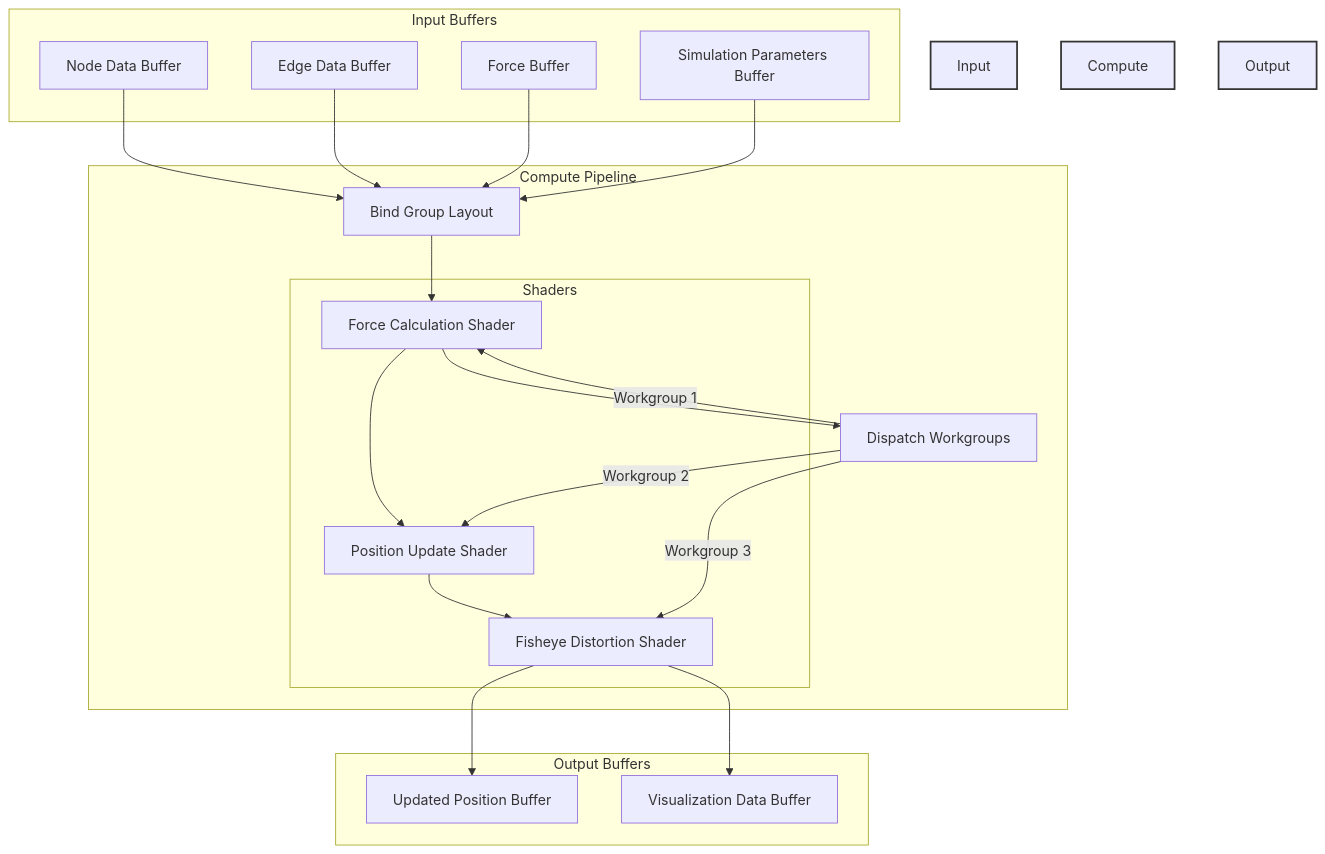
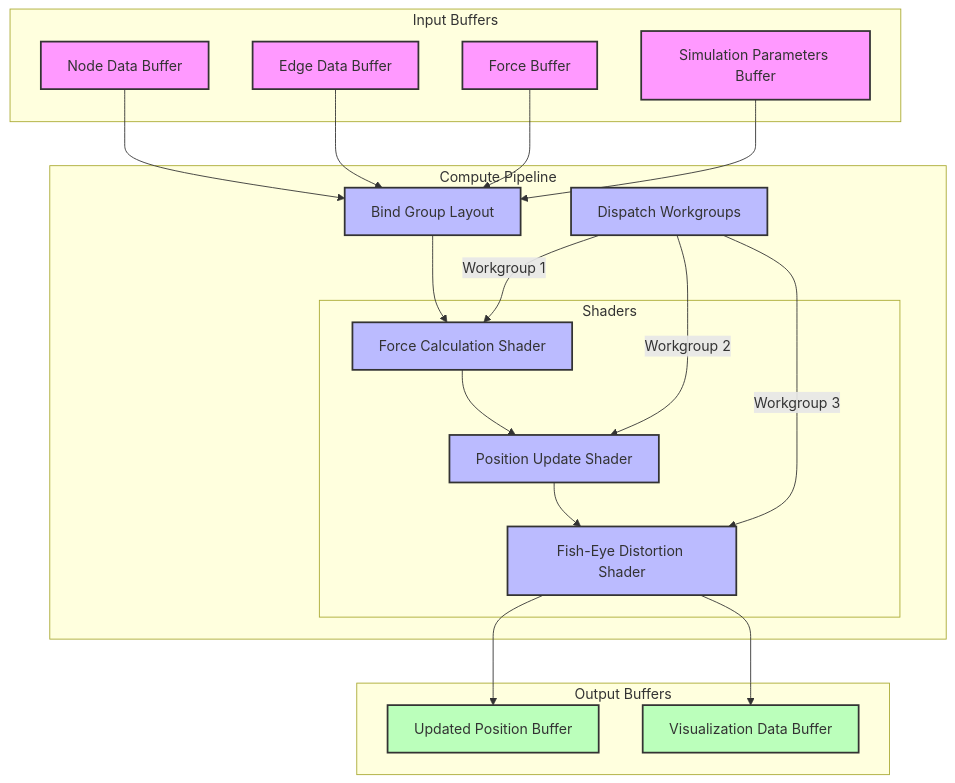
Before and after one commit to DreamLab-AI/VisionFlow: the fourth of 4 diagrams in README.md, drawn with Mermaid. The commit also changed other lines of this file, not shown here.

````diff
--- a/README.md
+++ b/README.md
@@ -586,47 +511,53 @@
 ```mermaid
 graph TB
-    subgraph Input Buffers
+    subgraph inputBuffers ["Input Buffers"]
         NodesData[Node Data Buffer]
         EdgesData[Edge Data Buffer]
         ForcesData[Force Buffer]
         ParamsData[Simulation Parameters Buffer]
     end
 
-    subgraph Compute Pipeline
+    subgraph computePipeline ["Compute Pipeline"]
         BindGroupLayout[Bind Group Layout]
-        
-        subgraph Shaders
+
+        subgraph shaders ["Shaders"]
             ForceCalculation[Force Calculation Shader]
             PositionUpdate[Position Update Shader]
-            FisheyeEffect[Fisheye Distortion Shader]
+            FisheyeEffect[Fish-Eye Distortion Shader]
         end
-        
+
         DispatchBlock[Dispatch Workgroups]
     end
 
-    subgraph Output Buffers
+    subgraph outputBuffers ["Output Buffers"]
         NewPositions[Updated Position Buffer]
         VisualizationData[Visualization Data Buffer]
     end
 
     NodesData --> BindGroupLayout
     EdgesData --> BindGroupLayout
     ForcesData --> BindGroupLayout
     ParamsData --> BindGroupLayout
 
     BindGroupLayout --> ForceCalculation
     ForceCalculation --> PositionUpdate
     PositionUpdate --> FisheyeEffect
 
-    ForceCalculation --> DispatchBlock
-    DispatchBlock --> |Workgroup 1| ForceCalculation
-    DispatchBlock --> |Workgroup 2| PositionUpdate
-    DispatchBlock --> |Workgroup 3| FisheyeEffect
+    DispatchBlock -->|Workgroup 1| ForceCalculation
+    DispatchBlock -->|Workgroup 2| PositionUpdate
+    DispatchBlock -->|Workgroup 3| FisheyeEffect
 
     FisheyeEffect --> NewPositions
     FisheyeEffect --> VisualizationData
 
-    style Input Buffers fill:#f9f,stroke:#333,stroke-width:2px
-    style Compute Pipeline fill:#bbf,stroke:#333,stroke-width:2px
-    style Output Buffers fill:#bfb,stroke:#333,stroke-width:2px
+    %% Define styles for classes
+    classDef inputBufferStyle fill:#f9f,stroke:#333,stroke-width:2px
+    classDef computePipelineStyle fill:#bbf,stroke:#333,stroke-width:2px
+    classDef outputBufferStyle fill:#bfb,stroke:#333,stroke-width:2px
+
+    %% Assign classes to nodes within subgraphs
+    class NodesData,EdgesData,ForcesData,ParamsData inputBufferStyle
+    class BindGroupLayout,DispatchBlock computePipelineStyle
+    class ForceCalculation,PositionUpdate,FisheyeEffect computePipelineStyle
+    class NewPositions,VisualizationData outputBufferStyle
 ```
````
